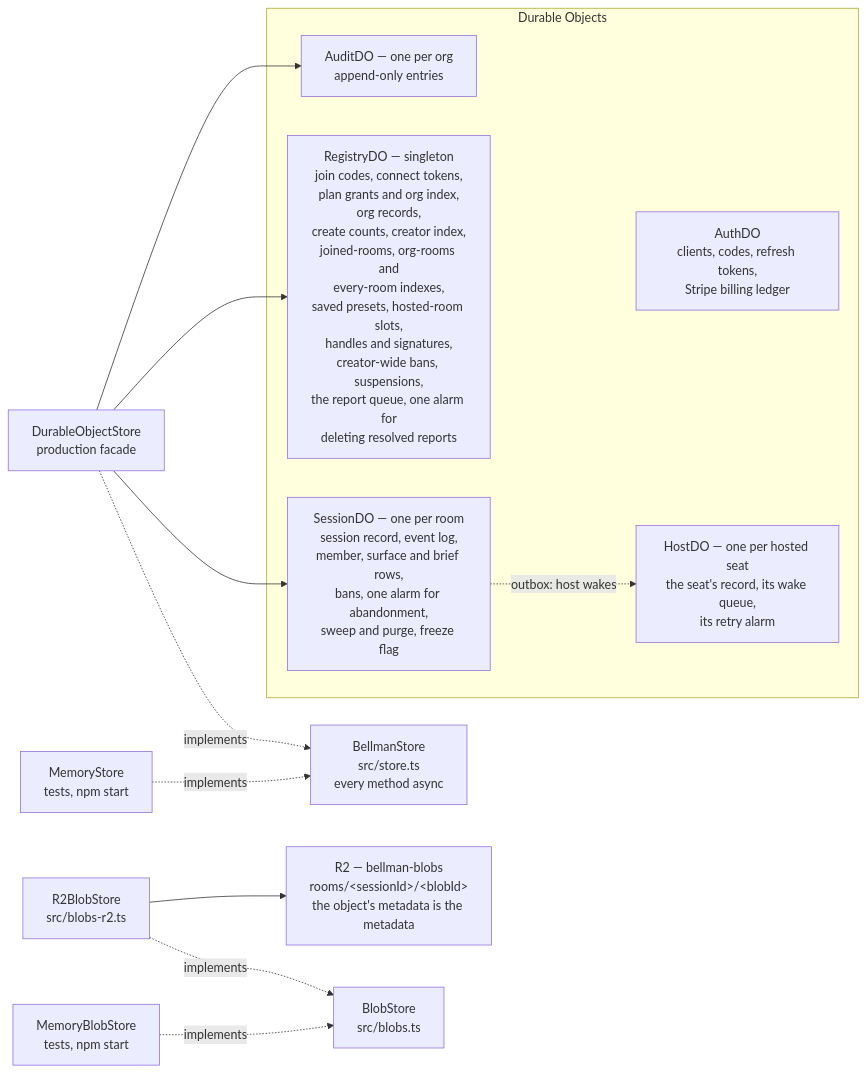
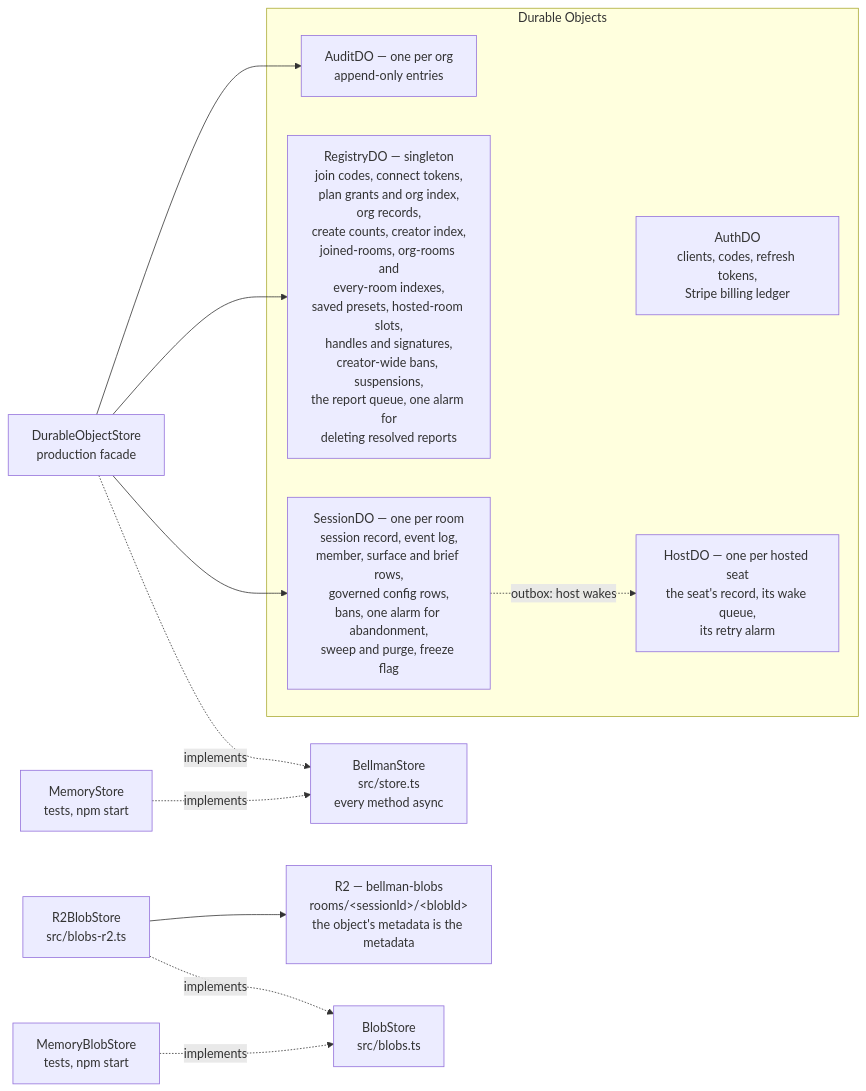
Before and after one commit to bellman-sh/bellman: the fourth of 7 diagrams in docs/ARCHITECTURE.md, drawn with Mermaid. The commit also changed other lines of this file and 3 other files, not shown here.

Commit message:
ADR 0044: governed room config (#414)

````diff
--- a/docs/ARCHITECTURE.md
+++ b/docs/ARCHITECTURE.md
@@ -603,26 +608,26 @@
 ```mermaid
 flowchart LR
     BS["BellmanStore<br/>src/store.ts<br/>every method async"]
     MEM["MemoryStore<br/>tests, npm start"] -.implements.-> BS
     DOS["DurableObjectStore<br/>production facade"] -.implements.-> BS
 
     DOS --> SDO
     DOS --> RDO
     DOS --> ADO
 
     subgraph objects["Durable Objects"]
-        SDO["SessionDO — one per room<br/>session record, event log,<br/>member, surface and brief rows,<br/>bans, one alarm for abandonment,<br/>sweep and purge, freeze flag"]
+        SDO["SessionDO — one per room<br/>session record, event log,<br/>member, surface and brief rows,<br/>governed config rows,<br/>bans, one alarm for abandonment,<br/>sweep and purge, freeze flag"]
         RDO["RegistryDO — singleton<br/>join codes, connect tokens,<br/>plan grants and org index,<br/>org records,<br/>create counts, creator index,<br/>joined-rooms, org-rooms and<br/>every-room indexes,<br/>saved presets, hosted-room slots,<br/>handles and signatures,<br/>creator-wide bans, suspensions,<br/>the report queue, one alarm for<br/>deleting resolved reports"]
         ADO["AuditDO — one per org<br/>append-only entries"]
         AUTH["AuthDO<br/>clients, codes, refresh tokens,<br/>Stripe billing ledger"]
         HDO["HostDO — one per hosted seat<br/>the seat's record, its wake queue,<br/>its retry alarm"]
     end
 
     SDO -.->|"outbox: host wakes"| HDO
 
     BLOB["BlobStore<br/>src/blobs.ts"]
     R2["R2 — bellman-blobs<br/>rooms/&lt;sessionId&gt;/&lt;blobId&gt;<br/>the object's metadata is the metadata"]
     MEMB["MemoryBlobStore<br/>tests, npm start"] -.implements.-> BLOB
     R2S["R2BlobStore<br/>src/blobs-r2.ts"] -.implements.-> BLOB
     R2S --> R2
 ```
````
